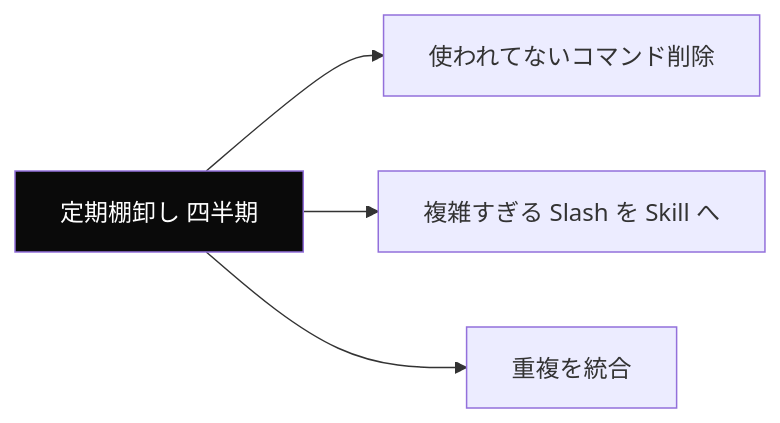
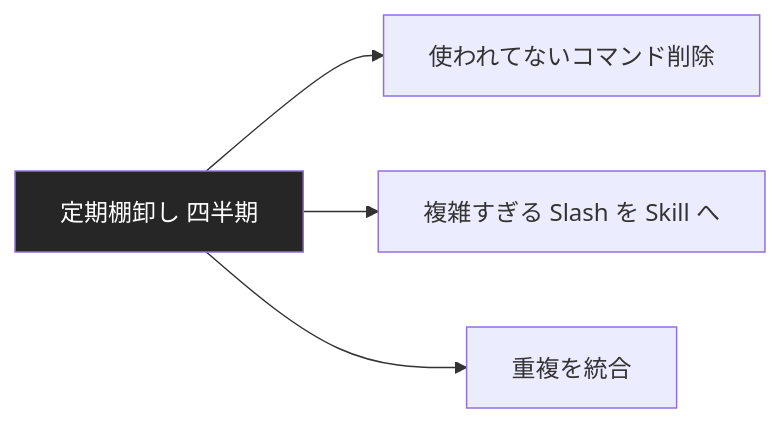
One commit to dinekt/dinekt-wiki changed the third of 3 diagrams in docs/tech-notes/claude-code-の-slash-command-と-skill-の使い分け.md. Above: the diagram before and after it, drawn with Mermaid. The commit also changed other lines of this file and 71 other files, not shown here.

First line of the commit message:
fix: mermaid readability + remove GitHub repo toolbar

````diff
--- a/docs/tech-notes/claude-code-の-slash-command-と-skill-の使い分け.md
+++ b/docs/tech-notes/claude-code-の-slash-command-と-skill-の使い分け.md
@@ -163,8 +163,8 @@
 ```mermaid
 flowchart LR
     C[定期棚卸し 四半期] --> C1[使われてないコマンド削除]
     C --> C2[複雑すぎる Slash を Skill へ]
     C --> C3[重複を統合]
 
-    style C fill:#0a0a0a,color:#fff
+    style C fill:#262626,color:#fff
 ```
````
